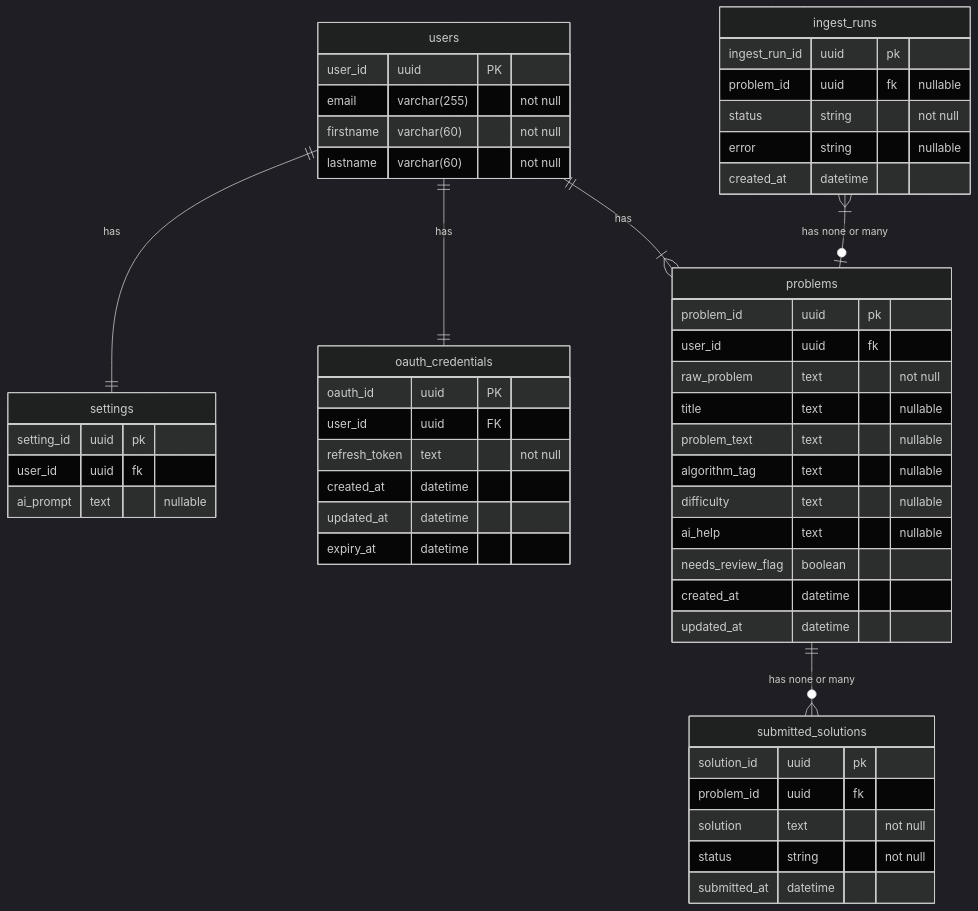
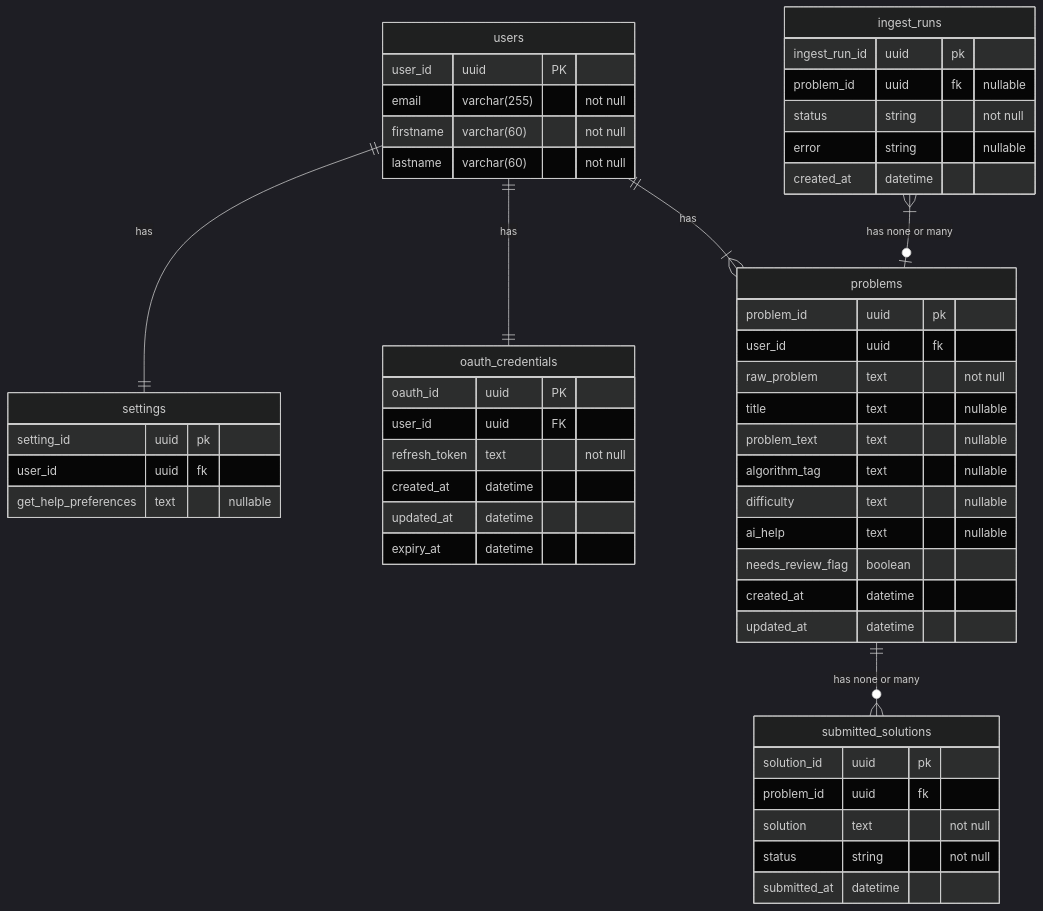
One commit to sabi1125/daily-coding-companion changed the diagram in api-docs/er_diagram.md. Above: the diagram before and after it, drawn with Mermaid (dark theme).

Commit message:
fix: changed name of ai_prompt for the database table

````diff
--- a/api-docs/er_diagram.md
+++ b/api-docs/er_diagram.md
@@ -3,60 +3,60 @@
 ```mermaid
 erDiagram
 users {
     user_id uuid PK
     email varchar(255) "not null"
     firstname varchar(60) "not null"
     lastname varchar(60) "not null"
 }
 
 settings {
     setting_id uuid pk
     user_id uuid fk
-    ai_prompt text "nullable"
+    get_help_preferences text "nullable"
 }
 
 oauth_credentials {
     oauth_id uuid PK
     user_id uuid FK
     refresh_token text "not null"
     created_at datetime
     updated_at datetime
     expiry_at datetime
 }
 
 problems {
     problem_id uuid pk
     user_id uuid fk
     raw_problem text "not null"
     title text "nullable"
     problem_text text "nullable"
     algorithm_tag text "nullable"
     difficulty text "nullable"
     ai_help text "nullable"
     needs_review_flag boolean
     created_at datetime
     updated_at datetime
 }
 
 submitted_solutions {
     solution_id uuid pk
     problem_id uuid fk
     solution text "not null"
     status string "not null"
     submitted_at datetime
 }
 
 ingest_runs {
     ingest_run_id uuid pk
     problem_id uuid fk "nullable"
     status string "not null"
     error string "nullable"
     created_at datetime
 }
 
 users ||--|| oauth_credentials : "has"
 users ||--|{ problems: "has"
 users ||--|| settings: "has"
 ingest_runs }|--o| problems : "has none or many"
 problems ||--o{ submitted_solutions: "has none or many"
 ```
````
